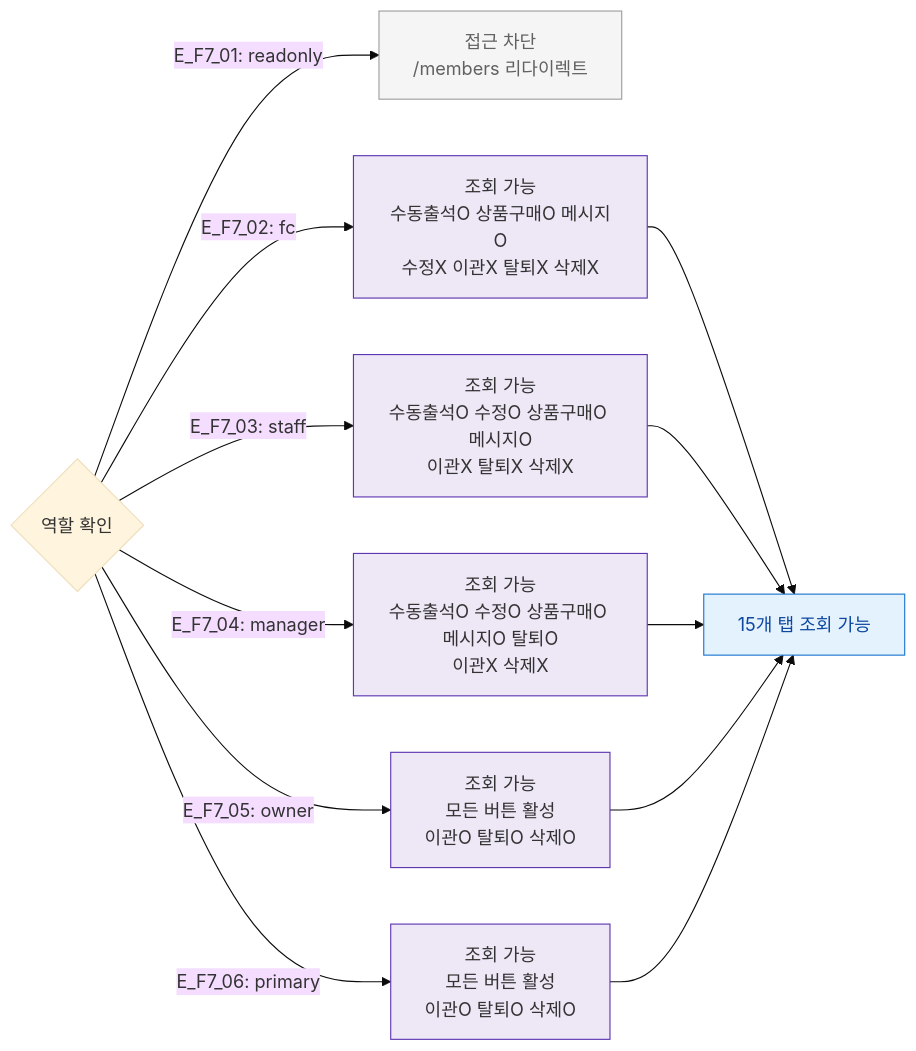
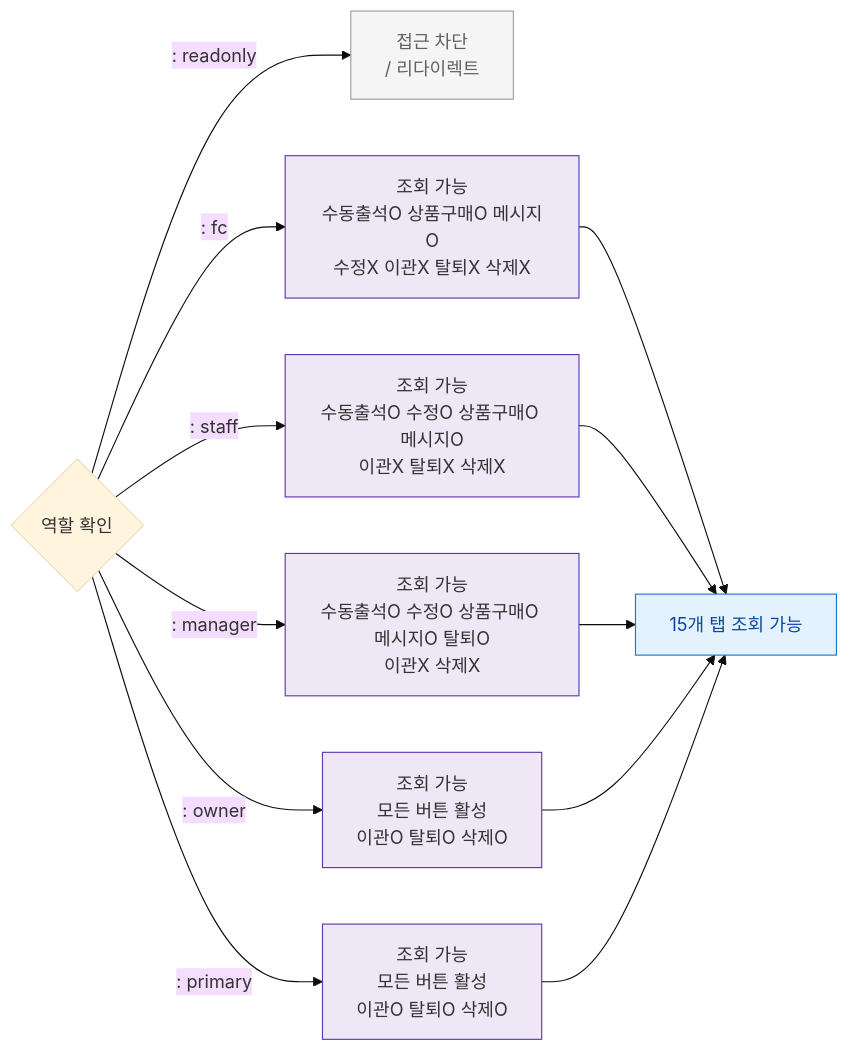
The diagram in docs/다이어그램/D02_회원관리/SCR-M004_회원상세/F7_권한.md (dev-spogym/admin-pando), drawn with Mermaid (base theme) before and after one commit. The commit also changed other lines of this file and 1660 other files, not shown here.

First line of the commit message:
다이어그램: 기획자/클라이언트 납품본으로 정리

````diff
--- a/docs/다이어그램/D02_회원관리/SCR-M004_회원상세/F7_권한.md
+++ b/docs/다이어그램/D02_회원관리/SCR-M004_회원상세/F7_권한.md
@@ -22,22 +20,22 @@
 ```mermaid
 flowchart LR
-  ROLE{역할 확인} -->|"E_F7_01: readonly"| RO[접근 차단\n/members 리다이렉트]
-  ROLE -->|"E_F7_02: fc"| FC_VIEW[조회 가능\n수동출석O 상품구매O 메시지O\n수정X 이관X 탈퇴X 삭제X]
-  ROLE -->|"E_F7_03: staff"| STAFF_VIEW[조회 가능\n수동출석O 수정O 상품구매O 메시지O\n이관X 탈퇴X 삭제X]
-  ROLE -->|"E_F7_04: manager"| MGR_VIEW[조회 가능\n수동출석O 수정O 상품구매O 메시지O 탈퇴O\n이관X 삭제X]
-  ROLE -->|"E_F7_05: owner"| OWN_VIEW[조회 가능\n모든 버튼 활성\n이관O 탈퇴O 삭제O]
-  ROLE -->|"E_F7_06: primary"| PRI_VIEW[조회 가능\n모든 버튼 활성\n이관O 탈퇴O 삭제O]
+  ROLE{역할 확인} -->|": readonly"|RO[접근 차단\n/ 리다이렉트]
+  ROLE -->|": fc"|FC_VIEW[조회 가능\n수동출석O 상품구매O 메시지O\n수정X 이관X 탈퇴X 삭제X]
+  ROLE -->|": staff"|STAFF_VIEW[조회 가능\n수동출석O 수정O 상품구매O 메시지O\n이관X 탈퇴X 삭제X]
+  ROLE -->|": manager"|MGR_VIEW[조회 가능\n수동출석O 수정O 상품구매O 메시지O 탈퇴O\n이관X 삭제X]
+  ROLE -->|": owner"|OWN_VIEW[조회 가능\n모든 버튼 활성\n이관O 탈퇴O 삭제O]
+  ROLE -->|": primary"|PRI_VIEW[조회 가능\n모든 버튼 활성\n이관O 탈퇴O 삭제O]
 
   FC_VIEW --> TAB_ALL[15개 탭 조회 가능]
   STAFF_VIEW --> TAB_ALL
   MGR_VIEW --> TAB_ALL
   OWN_VIEW --> TAB_ALL
   PRI_VIEW --> TAB_ALL
 
   classDef screen fill:#E3F2FD,stroke:#1976D2,color:#0D47A1
   classDef rbacBlocked fill:#F5F5F5,stroke:#9E9E9E,color:#616161
   classDef system fill:#EDE7F6,stroke:#5E35B2
   class TAB_ALL screen
   class RO rbacBlocked
   class FC_VIEW,STAFF_VIEW,MGR_VIEW,OWN_VIEW,PRI_VIEW system
 ```
````
